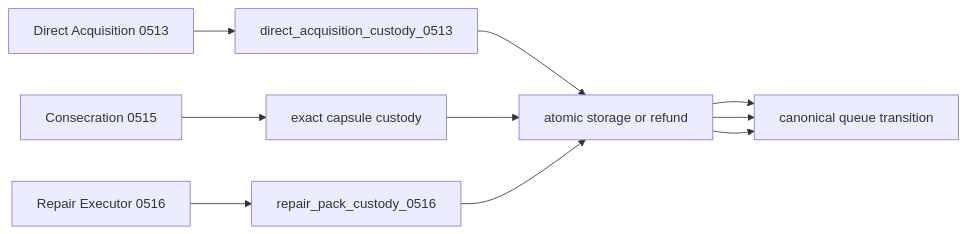
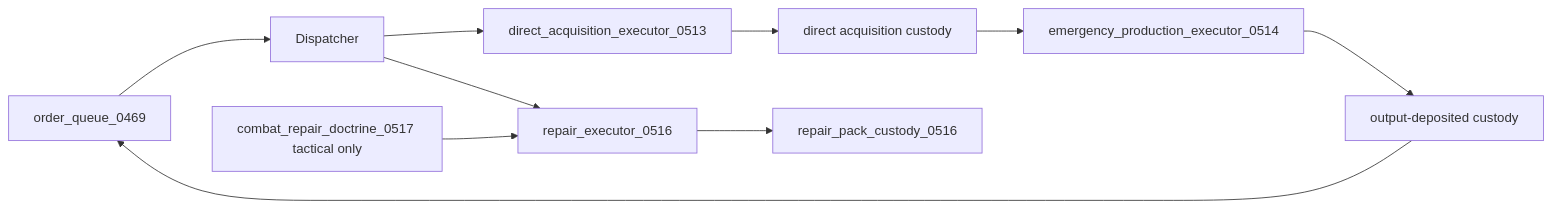
One commit to mrcalzon02/Tech-Priests changed the third of 6 diagrams in docs/RECOVERY_AUTHORITY_MAP_CURRENT.md. Above: the diagram before and after it, drawn with Mermaid. The commit also changed other lines of this file, not shown here.

````diff
--- a/docs/RECOVERY_AUTHORITY_MAP_CURRENT.md
+++ b/docs/RECOVERY_AUTHORITY_MAP_CURRENT.md
@@ -164,15 +47,12 @@
 ```mermaid
 flowchart LR
-    Direct[Direct Acquisition 0513]
-    DirectCustody[direct_acquisition_custody_0513]
-    Consecrate[Consecration 0515]
-    Capsule[exact capsule custody]
-    Repair[Repair Executor 0516]
-    Pack[repair_pack_custody_0516]
-    Storage[atomic storage or refund]
-    Queue[canonical queue transition]
-
-    Direct --> DirectCustody --> Storage --> Queue
-    Consecrate --> Capsule --> Storage --> Queue
-    Repair --> Pack --> Storage --> Queue
+    Queue[order_queue_0469] --> Dispatcher
+    Dispatcher --> Acquisition[direct_acquisition_executor_0513]
+    Acquisition --> AcquisitionCustody[direct acquisition custody]
+    AcquisitionCustody --> Production[emergency_production_executor_0514]
+    Production --> Output[output-deposited custody]
+    Output --> Queue
+    Dispatcher --> Repair[repair_executor_0516]
+    Repair --> RepairCustody[repair_pack_custody_0516]
+    Combat[combat_repair_doctrine_0517 tactical only] --> Repair
 ```
````
